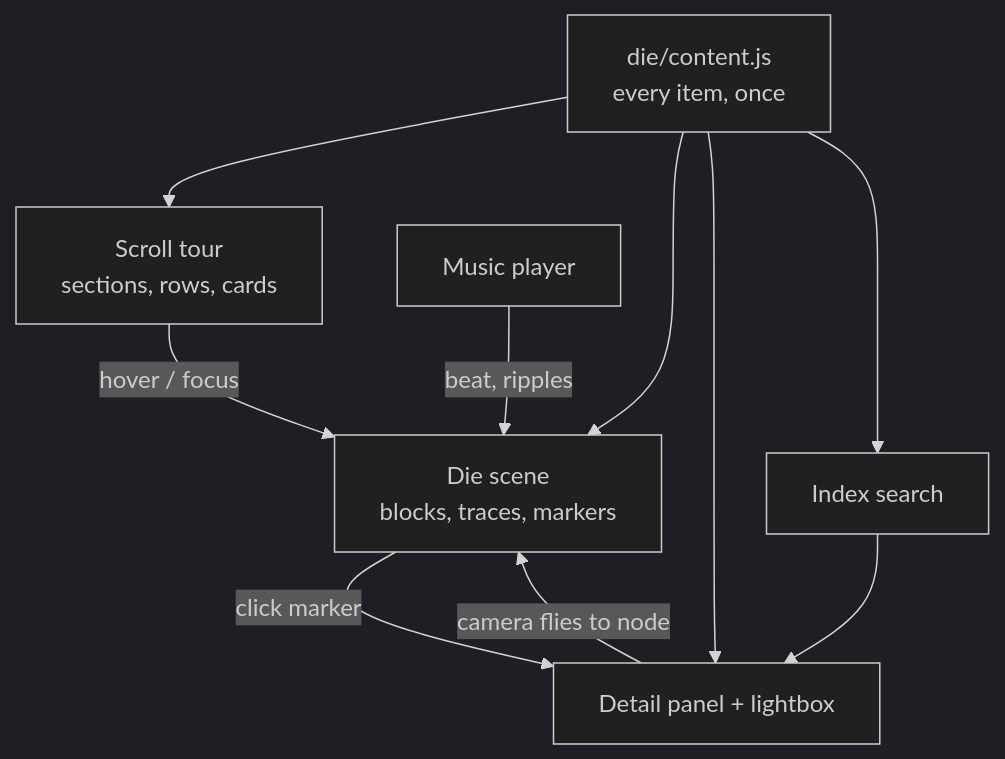
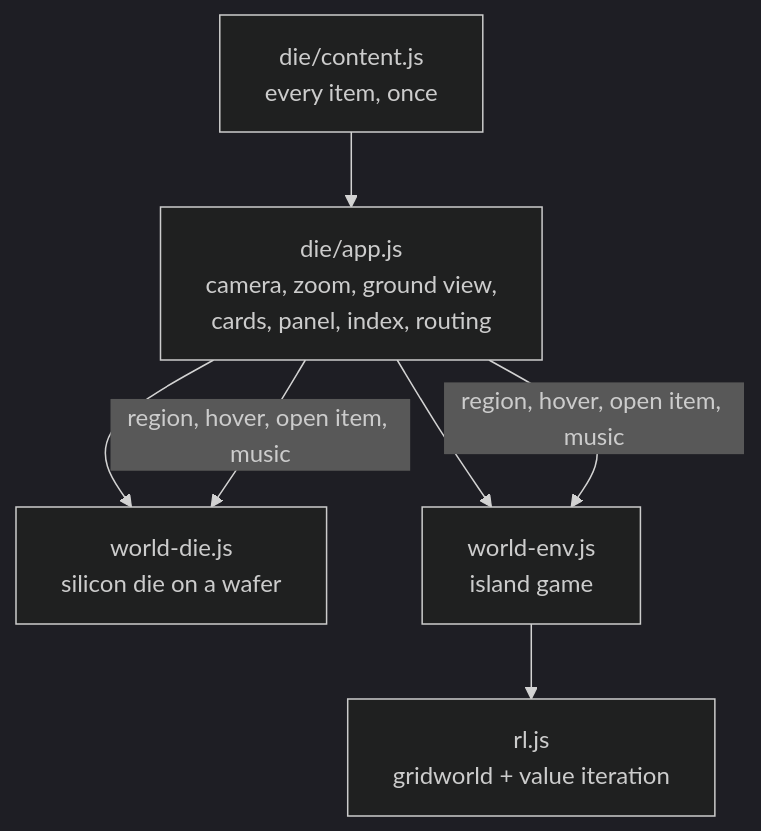
The diagram in README.md (Air-crypto/Air-crypto.github.io), drawn with Mermaid (dark theme) before and after one commit. The commit also changed other lines of this file and 8 other files, not shown here.

First line of the commit message:
One zoomable scene with silicon and game worlds

````diff
--- a/README.md
+++ b/README.md
@@ -9,12 +9,9 @@
 ```mermaid
 flowchart TB
-  C[die/content.js<br/>every item, once] --> T[Scroll tour<br/>sections, rows, cards]
-  C --> D[Die scene<br/>blocks, traces, markers]
-  C --> P[Detail panel + lightbox]
-  C --> I[Index search]
-  T -- hover / focus --> D
-  D -- click marker --> P
-  I --> P
-  P -- camera flies to node --> D
-  M[Music player] -- beat, ripples --> D
+  C[die/content.js<br/>every item, once] --> A[die/app.js<br/>camera, zoom, ground view,<br/>cards, panel, index, routing]
+  A --> D[world-die.js<br/>silicon die on a wafer]
+  A --> E[world-env.js<br/>island game]
+  E --> R[rl.js<br/>gridworld + value iteration]
+  A -- region, hover, open item, music --> D
+  A -- region, hover, open item, music --> E
 ```
````
